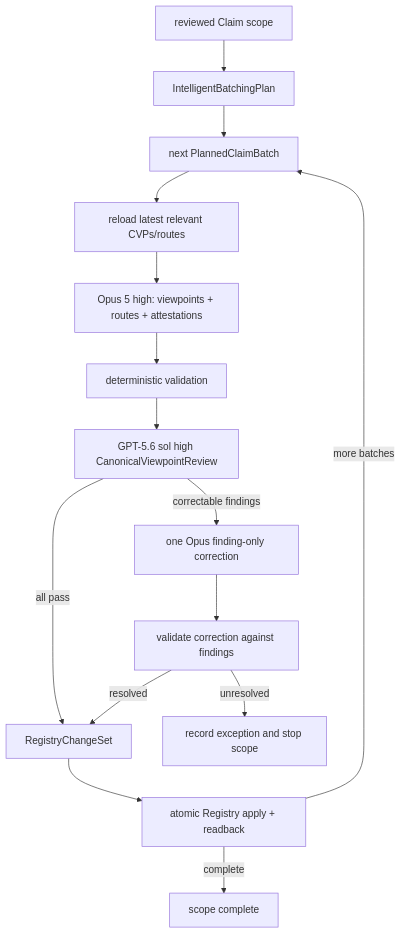
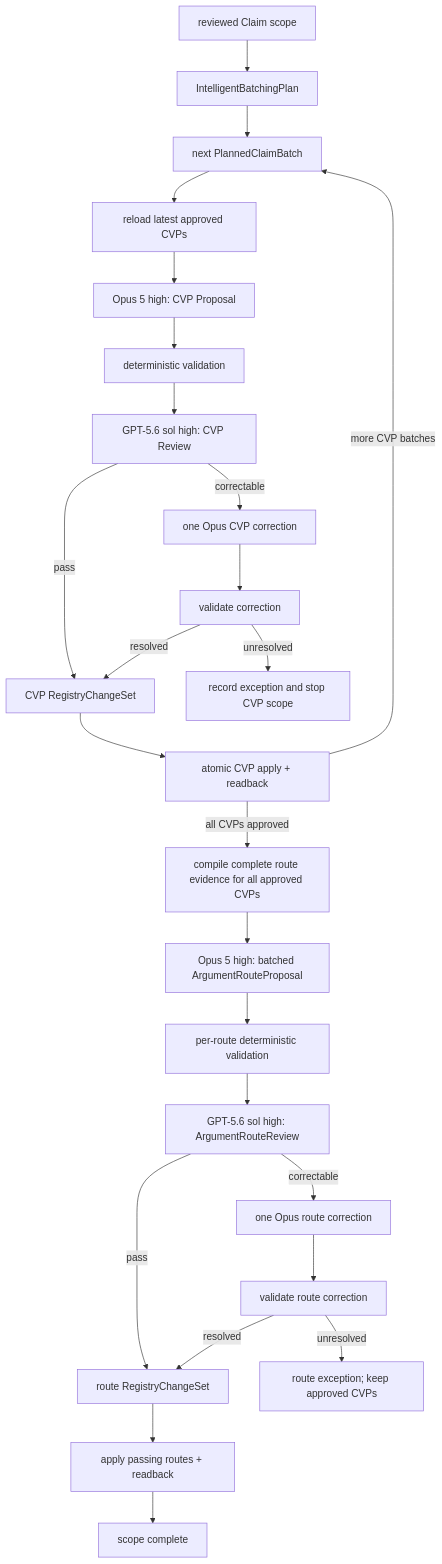
The first of 7 diagrams in docs/wang-knowledge-platform/canonical_viewpoint_registry_design_v1.md (junyang168/smart-answer), drawn with Mermaid before and after one commit. The commit also changed other lines of this file, not shown here.

Commit message:
docs(wang): separate approved viewpoint route phase

````diff
--- a/docs/wang-knowledge-platform/canonical_viewpoint_registry_design_v1.md
+++ b/docs/wang-knowledge-platform/canonical_viewpoint_registry_design_v1.md
@@ -80,17 +81,27 @@
 ```mermaid
 flowchart TD
     S["reviewed Claim scope"] --> B["IntelligentBatchingPlan"]
     B --> N["next PlannedClaimBatch"]
-    N --> L["reload latest relevant CVPs/routes"]
-    L --> P["Opus 5 high: viewpoints + routes + attestations"]
+    N --> L["reload latest approved CVPs"]
+    L --> P["Opus 5 high: CVP Proposal"]
     P --> D["deterministic validation"]
-    D --> R["GPT-5.6 sol high CanonicalViewpointReview"]
-    R -->|"all pass"| C["RegistryChangeSet"]
-    R -->|"correctable findings"| O["one Opus finding-only correction"]
-    O --> V["validate correction against findings"]
+    D --> R["GPT-5.6 sol high: CVP Review"]
+    R -->|"pass"| C["CVP RegistryChangeSet"]
+    R -->|"correctable"| O["one Opus CVP correction"]
+    O --> V["validate correction"]
     V -->|"resolved"| C
-    V -->|"unresolved"| X["record exception and stop scope"]
-    C --> A["atomic Registry apply + readback"]
-    A -->|"more batches"| N
-    A -->|"complete"| Z["scope complete"]
+    V -->|"unresolved"| X["record exception and stop CVP scope"]
+    C --> A["atomic CVP apply + readback"]
+    A -->|"more CVP batches"| N
+    A -->|"all CVPs approved"| Q["compile complete route evidence for all approved CVPs"]
+    Q --> RP["Opus 5 high: batched ArgumentRouteProposal"]
+    RP --> RD["per-route deterministic validation"]
+    RD --> RR["GPT-5.6 sol high: ArgumentRouteReview"]
+    RR -->|"pass"| RC["route RegistryChangeSet"]
+    RR -->|"correctable"| RO["one Opus route correction"]
+    RO --> RV["validate route correction"]
+    RV -->|"resolved"| RC
+    RV -->|"unresolved"| RX["route exception; keep approved CVPs"]
+    RC --> RA["apply passing routes + readback"]
+    RA --> Z["scope complete"]
 ```
````
